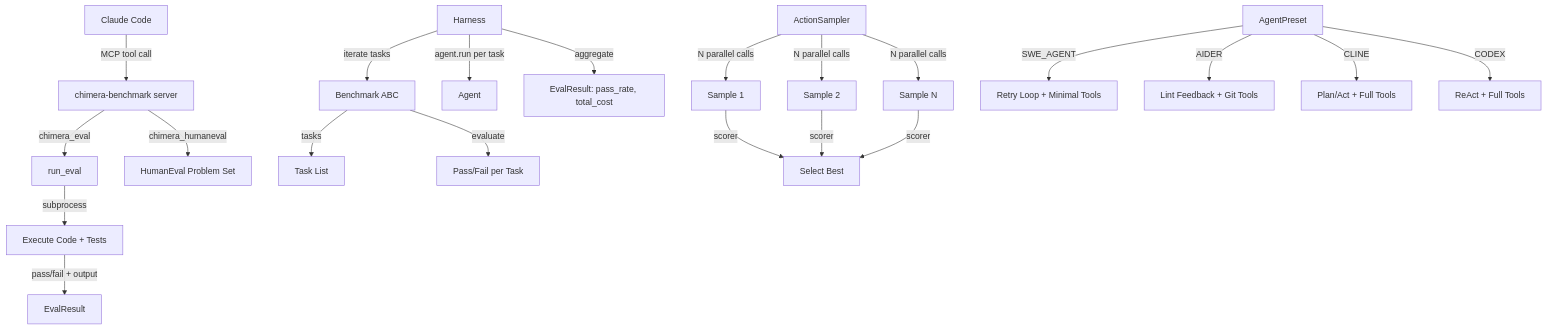
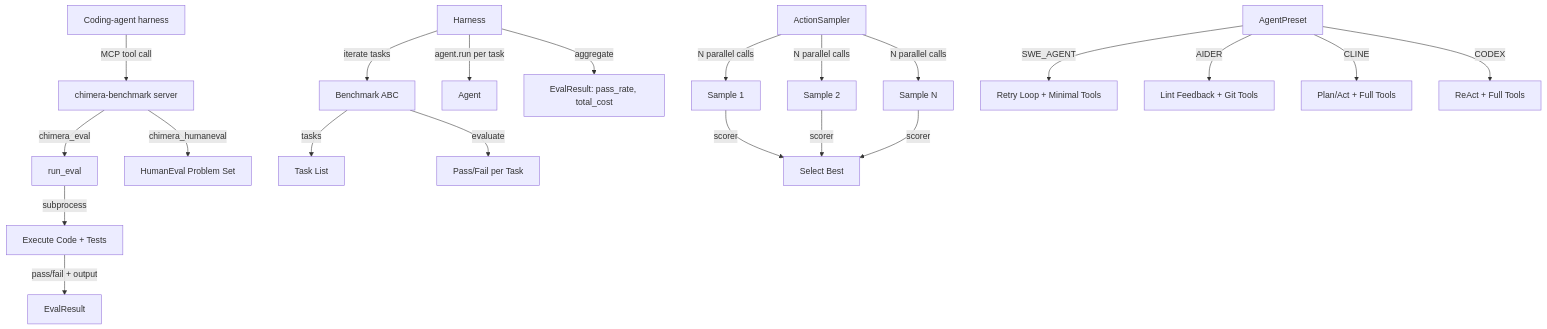
Before and after one commit to 0bserver07/chimera: the diagram in docs/playbooks/07-benchmarking.md, drawn with Mermaid. The commit also changed other lines of this file and 17 other files, not shown here.

````diff
--- a/docs/playbooks/07-benchmarking.md
+++ b/docs/playbooks/07-benchmarking.md
@@ -11,24 +11,24 @@
 ```mermaid
 graph TD
-    CC[Claude Code] -->|MCP tool call| BS[chimera-benchmark server]
+    H0[Coding-agent harness] -->|MCP tool call| BS[chimera-benchmark server]
     BS -->|chimera_eval| RE[run_eval]
     BS -->|chimera_humaneval| HE[HumanEval Problem Set]
     RE -->|subprocess| EX[Execute Code + Tests]
     EX -->|pass/fail + output| ER[EvalResult]
 
     H[Harness] -->|iterate tasks| BM[Benchmark ABC]
     BM -->|tasks| TL[Task List]
     BM -->|evaluate| EV[Pass/Fail per Task]
     H -->|agent.run per task| AG[Agent]
     H -->|aggregate| EVR[EvalResult: pass_rate, total_cost]
 
     AS[ActionSampler] -->|N parallel calls| P1[Sample 1]
     AS -->|N parallel calls| P2[Sample 2]
     AS -->|N parallel calls| P3[Sample N]
     P1 & P2 & P3 -->|scorer| S[Select Best]
 
     AP[AgentPreset] -->|SWE_AGENT| A1[Retry Loop + Minimal Tools]
     AP -->|AIDER| A2[Lint Feedback + Git Tools]
     AP -->|CLINE| A3[Plan/Act + Full Tools]
     AP -->|CODEX| A4[ReAct + Full Tools]
 ```
````
